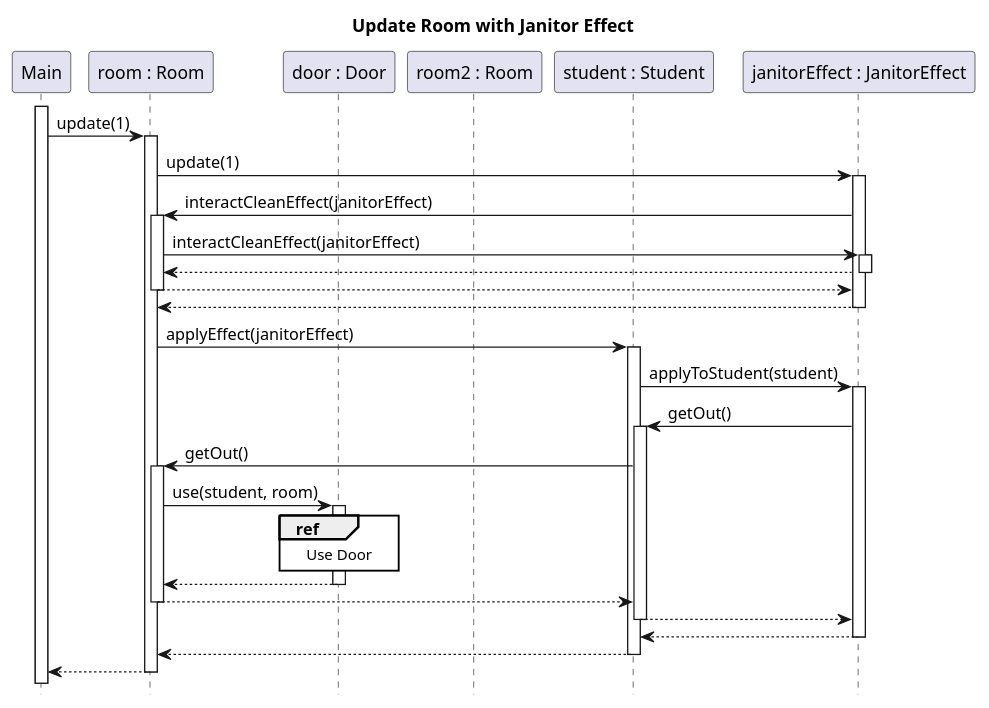
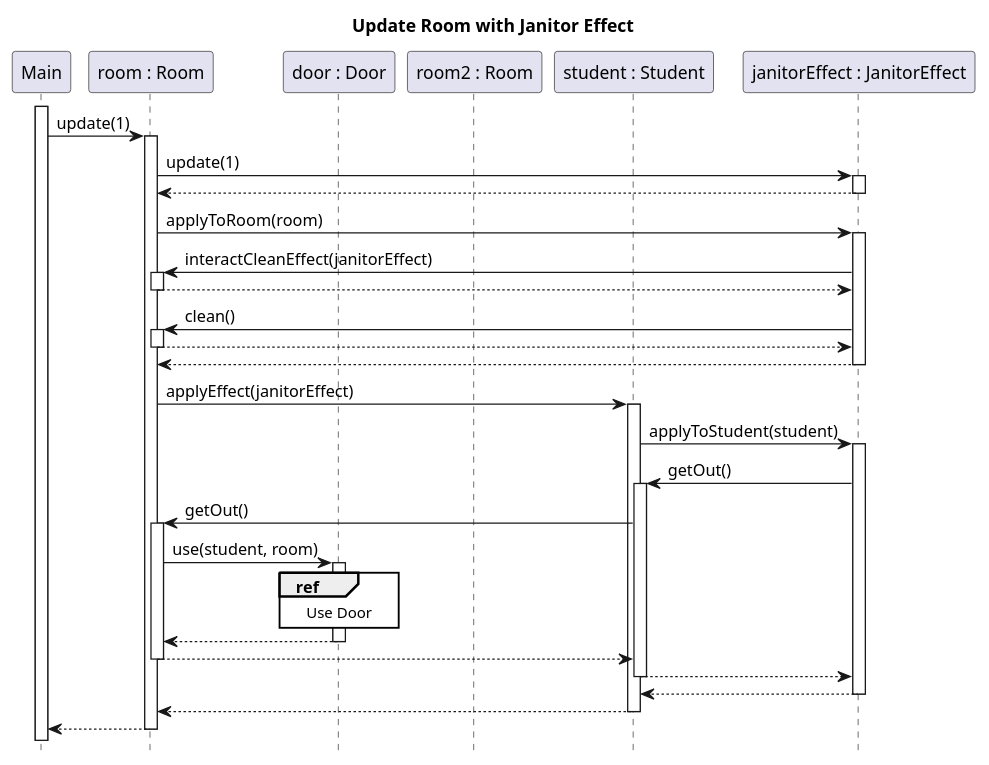
Before and after one commit to sn4k3ch4rm3r/logarlec: the diagram in docs/diagrams/test-sequence/room-update-janitor-effect.puml, drawn with PlantUML. The commit also changed 11 other files, not shown here.

```diff
--- a/docs/diagrams/test-sequence/room-update-janitor-effect.puml
+++ b/docs/diagrams/test-sequence/room-update-janitor-effect.puml
@@ -1,33 +1,35 @@
 @startuml room-update-janitor-effect
 title Update Room with Janitor Effect
 hide footbox
 skinparam SequenceReferenceBackgroundColor white
 
 participant Main
 participant "room : Room" as room
 participant "door : Door" as door
 participant "room2 : Room" as room2
 participant "student : Student" as student
 participant "janitorEffect : JanitorEffect" as janitorEffect
 
 activate Main
 Main -> room ++ : update(1)
     room -> janitorEffect ++ : update(1)
+    return
+    room -> janitorEffect ++ : applyToRoom(room)
         janitorEffect -> room ++ : interactCleanEffect(janitorEffect)
-            room -> janitorEffect ++ : interactCleanEffect(janitorEffect)
-            return
+        return
+        janitorEffect -> room ++ : clean()
         return
     return
     room -> student ++ : applyEffect(janitorEffect)
         student -> janitorEffect ++ : applyToStudent(student)
             janitorEffect -> student ++ : getOut()
                 student -> room ++ : getOut()
                     room -> door ++ : use(student, room)
                         ref over door : Use Door
                     return
                 return
             return
         return
     return
 return
 @enduml
```
